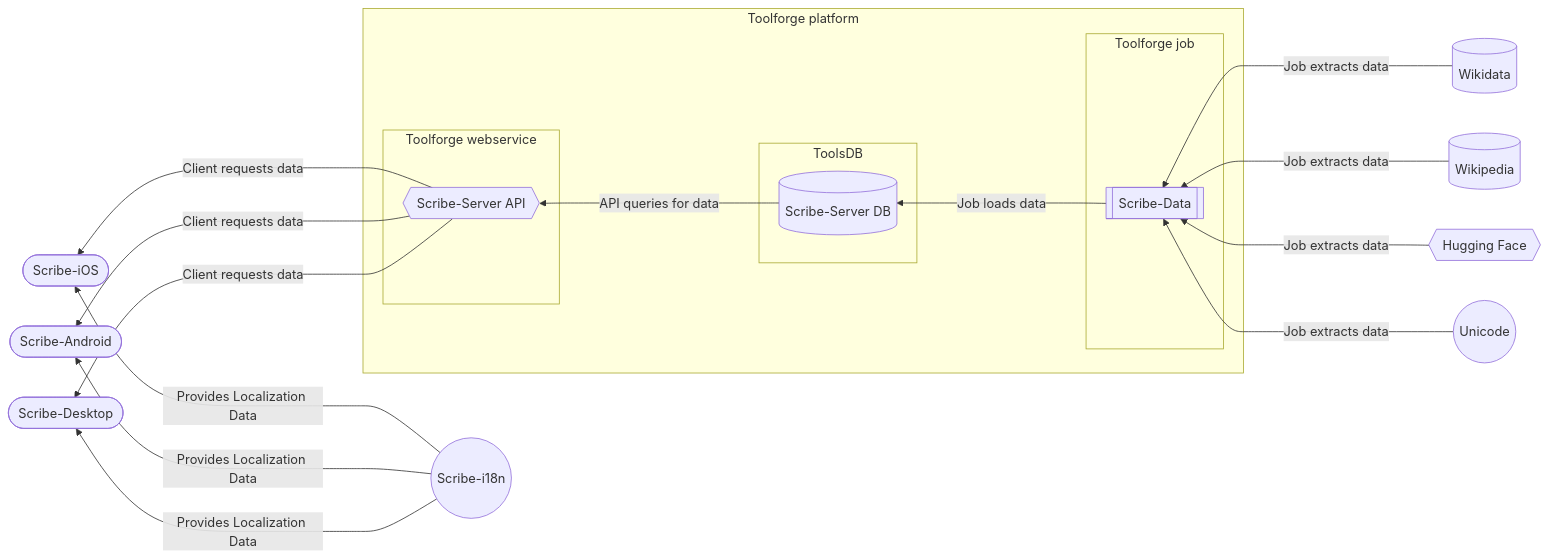
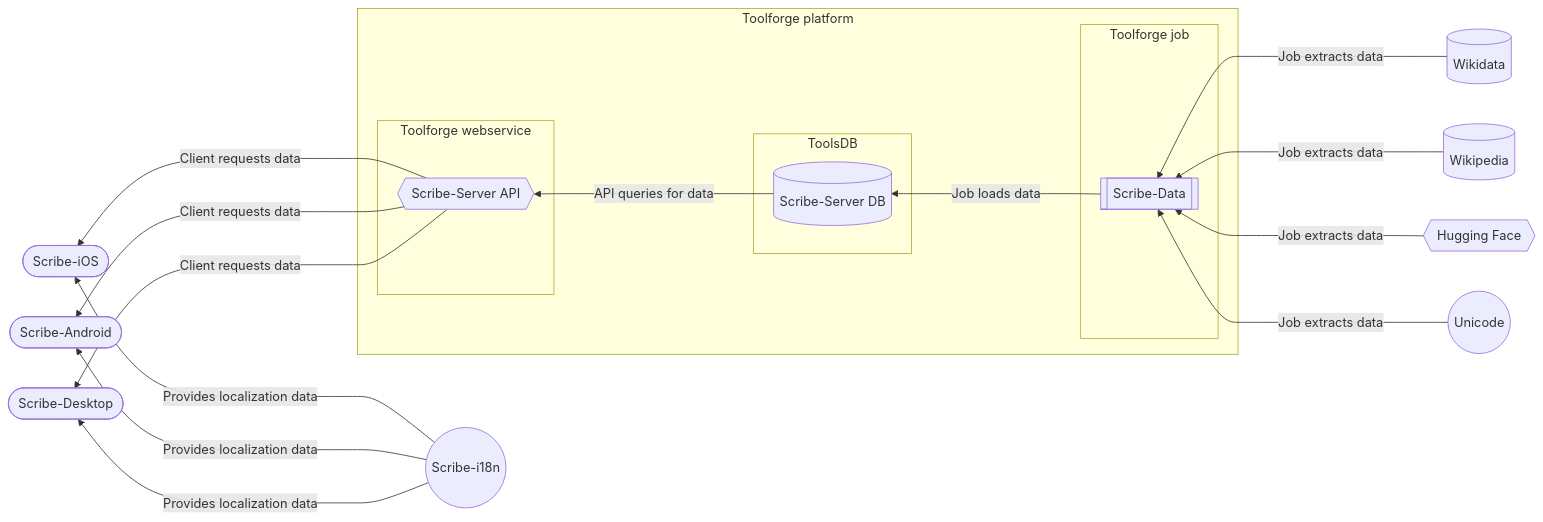
Before and after one commit to scribe-org/Organization: the first of 2 diagrams in ARCHITECTURE.md, drawn with Mermaid.

Commit message:
Minor fix to capitalization of path label

````diff
--- a/ARCHITECTURE.md
+++ b/ARCHITECTURE.md
@@ -18,46 +18,46 @@
 ```mermaid
     graph RL
         %%%%
         %% ENTITIES
 
         %% Scribe clients
         IOS([Scribe-iOS])
         ADR([Scribe-Android])
         DSK([Scribe-Desktop])
 
         %% Client dependencies
         I18N((Scribe-i18n))
 
         %% Scribe data/service
         API{{Scribe-Server API}}
         DBS[(Scribe-Server DB)]
         DAT[[Scribe-Data]]
 
         %% Data sources
         WKD[(Wikidata)]
         WKP[(Wikipedia)]
         HGF{{Hugging Face}}
         UNI((Unicode))
 
         %% Toolforge (WMCS)
         subgraph TFP [Toolforge platform]
             subgraph TFW [Toolforge webservice]
                 API
             end
             subgraph TDB [ToolsDB]
                 DBS
             end
             subgraph TFJ [Toolforge job]
                 DAT
             end
         end
 
         %%%%
         %% DATA FLOW
 
-        I18N --->|Provides Localization Data| IOS & ADR & DSK
+        I18N --->|Provides localization data| IOS & ADR & DSK
         API --->|Client requests data| IOS & ADR & DSK
         DBS --->|API queries for data| API
         DAT --->|Job loads data| DBS
         WKD & WKP & HGF & UNI --->|Job extracts data| DAT
 ```
````
